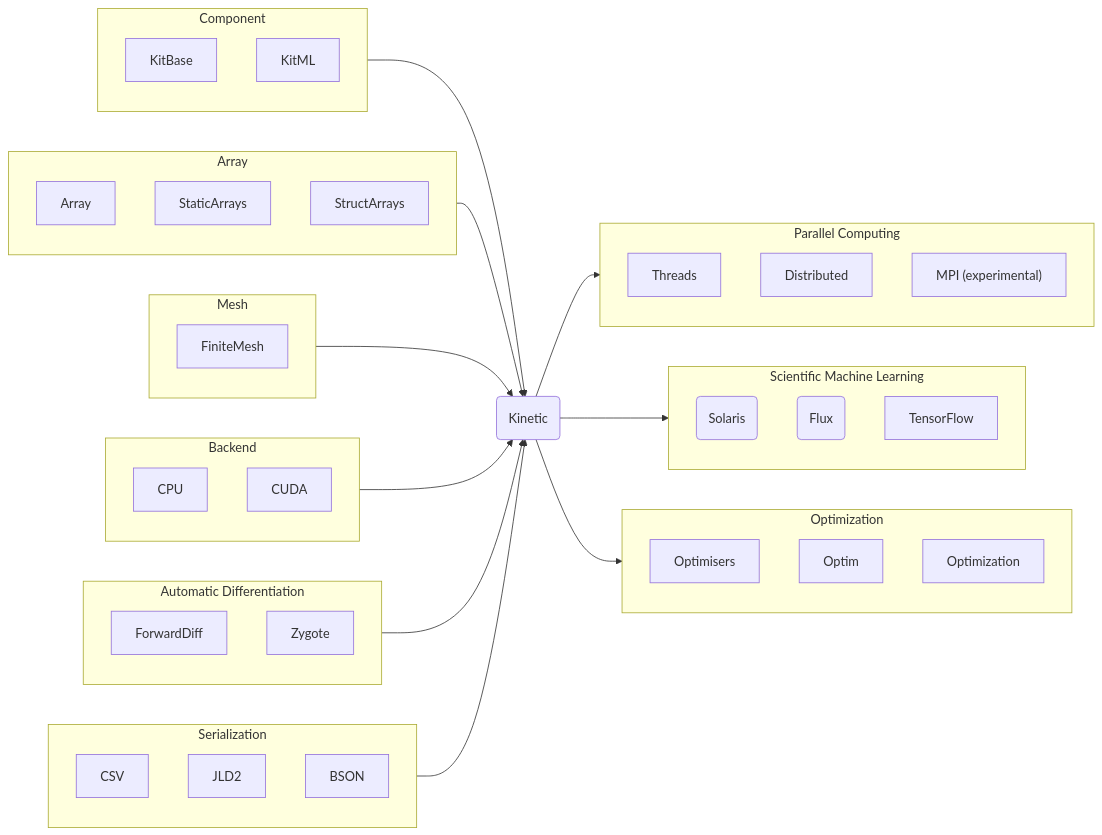
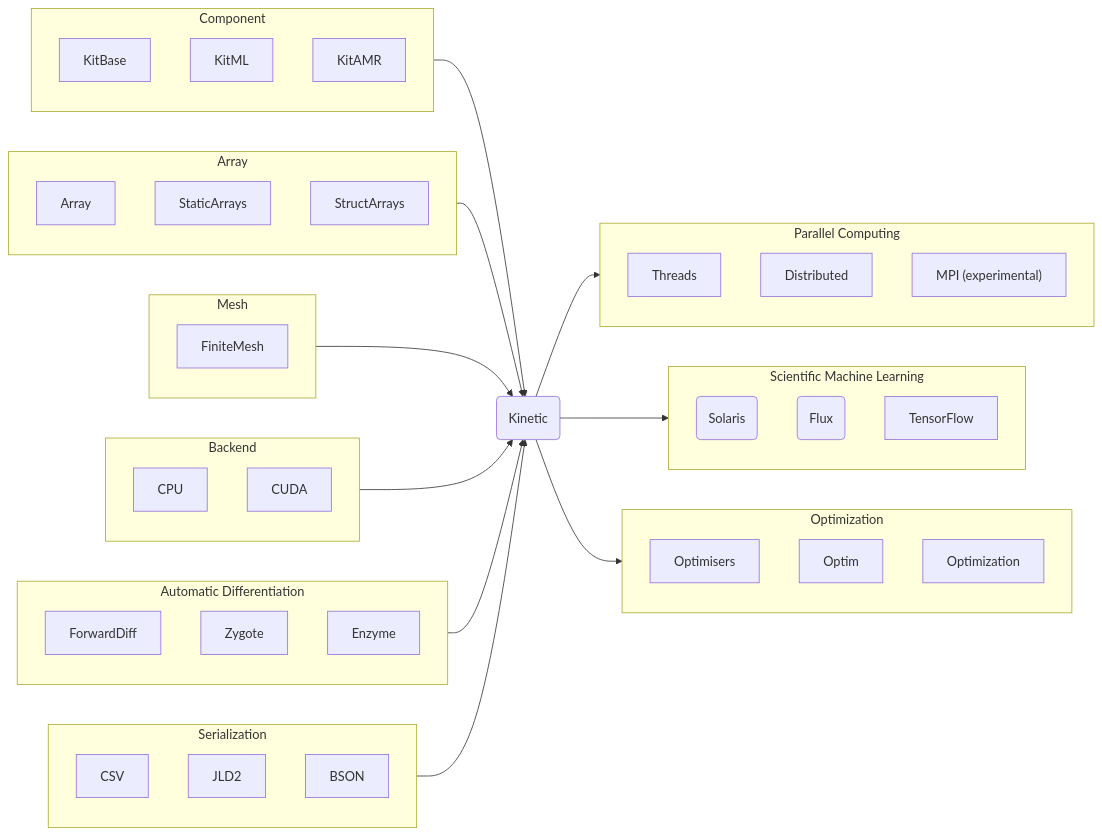
Before and after one commit to vavrines/Kinetic.jl: the diagram in README.md, drawn with Mermaid.

Commit message:
Update flowchart

````diff
--- a/README.md
+++ b/README.md
@@ -93,53 +93,55 @@
 ```mermaid
 flowchart LR
     subgraph Com[Component]
         KitBase
         KitML
+        KitAMR
     end
     subgraph Backend
         CPU
         CUDA
     end
     subgraph Mesh
         FiniteMesh
     end
     subgraph SciML[Scientific Machine Learning]
         Solaris(Solaris)
         Flux(Flux)
         TensorFlow[TensorFlow]
     end
     subgraph AD[Automatic Differentiation]
         ForwardDiff
         Zygote
+        Enzyme
     end
     subgraph Parallel[Parallel Computing]
         Threads
         Distributed
         MPI["MPI (experimental)"]
     end
     subgraph Serial[Serialization]
         CSV
         JLD2
         BSON
     end
     subgraph Opt[Optimization]
         Optimisers
         Optim
         Optimization
     end
     subgraph Ar[Array]
         Array
         StaticArrays
         StructArrays
     end
     Kt(Kinetic)
     Com --> Kt
     Ar --> Kt
     Mesh --> Kt
     Backend --> Kt
     AD --> Kt
     Serial --> Kt
     Kt --> Parallel
     Kt --> SciML
     Kt --> Opt
 ```
````
